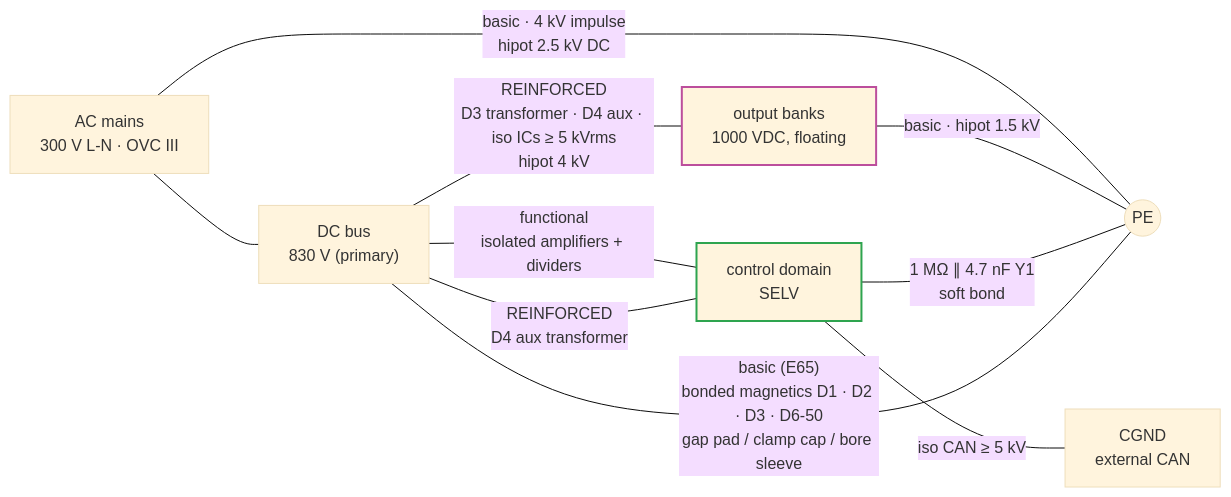
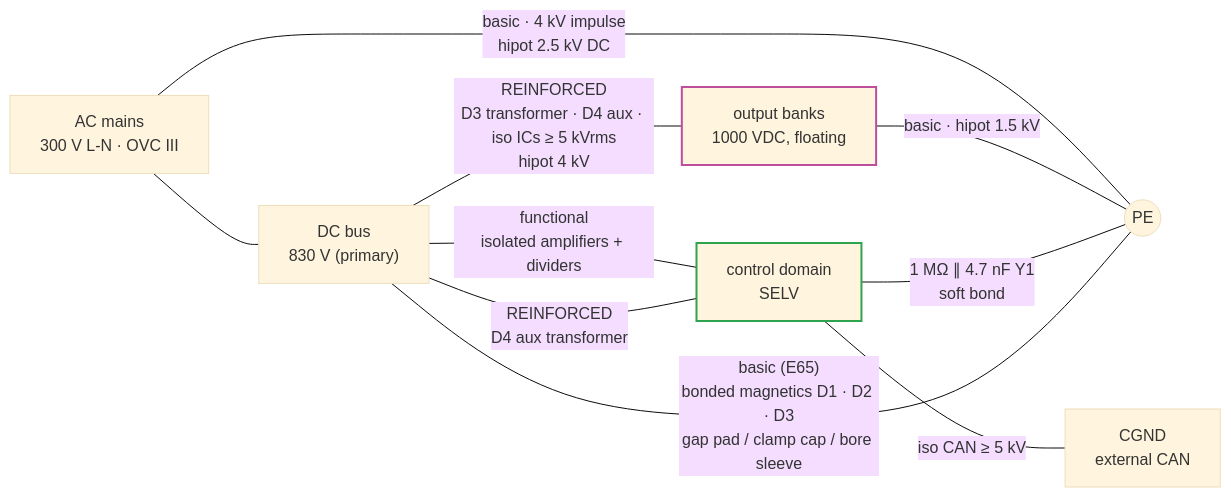
One commit to vectivolt/DC-Modules changed the diagram in docs/insulation-coordination.md. Above: the diagram before and after it, drawn with Mermaid (base theme). The commit also changed other lines of this file and 222 other files, not shown here.

````diff
--- a/docs/insulation-coordination.md
+++ b/docs/insulation-coordination.md
@@ -33,14 +33,14 @@
 ```mermaid
 flowchart LR
   AC["AC mains<br/>300 V L-N · OVC III"] -- "basic · 4 kV impulse<br/>hipot 2.5 kV DC" --- PE(("PE"))
   AC --- BUS["DC bus<br/>830 V (primary)"]
   BUS -- "REINFORCED<br/>D3 transformer · D4 aux · iso ICs ≥ 5 kVrms<br/>hipot 4 kV" --- OUT["output banks<br/>1000 VDC, floating"]
   OUT -- "basic · hipot 1.5 kV" --- PE
   BUS -- "functional<br/>isolated amplifiers + dividers" --- CTRL["control domain<br/>SELV"]
   BUS -- "REINFORCED<br/>D4 aux transformer" --- CTRL
   CTRL -- "1 MΩ ∥ 4.7 nF Y1<br/>soft bond" --- PE
   CTRL -- "iso CAN ≥ 5 kV" --- CAN["CGND<br/>external CAN"]
-  BUS -- "basic (E65)<br/>bonded magnetics D1 · D2 · D3 · D6-50<br/>gap pad / clamp cap / bore sleeve" --- PE
+  BUS -- "basic (E65)<br/>bonded magnetics D1 · D2 · D3<br/>gap pad / clamp cap / bore sleeve" --- PE
   style OUT stroke:#bc4e9c,stroke-width:2px
   style CTRL stroke:#2ea44f,stroke-width:2px
 ```
````
